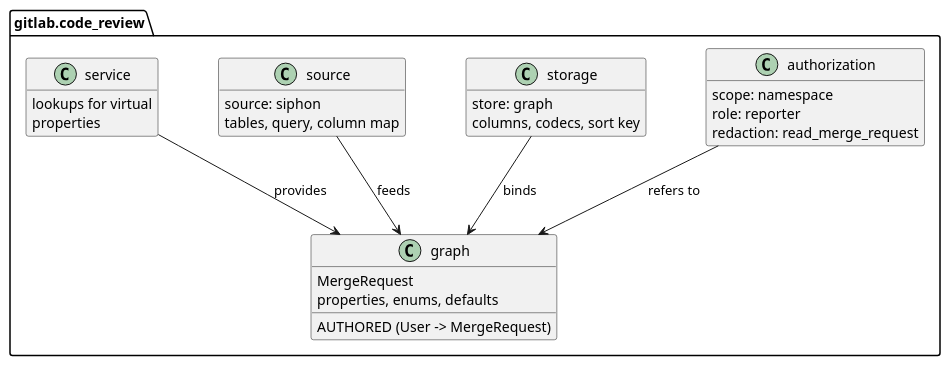
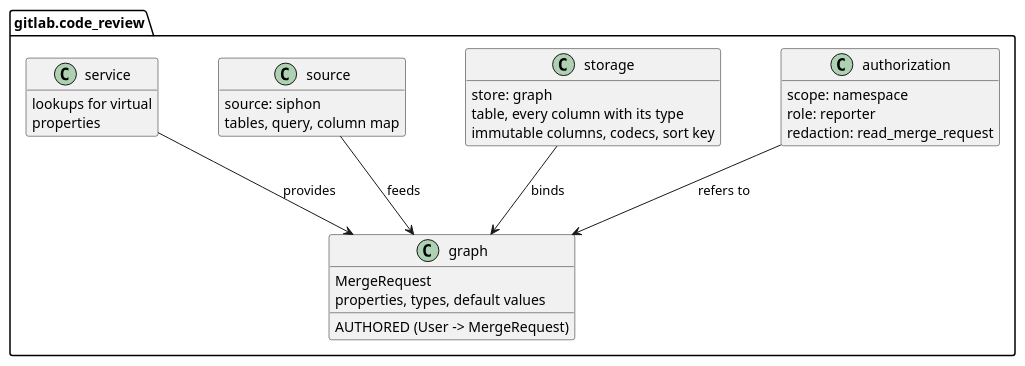
Before and after one commit to gitlabhq/orbit-knowledge-graph: the second of 8 diagrams in docs/pages/engineering/adr/024_pluggable_data_model.md, drawn with PlantUML. The commit also changed other lines of this file and 1 other file, not shown here.

Commit message:
docs(adr): make ADR 024 storage explicit and move defaults to the graph

````diff
--- a/docs/pages/engineering/adr/024_pluggable_data_model.md
+++ b/docs/pages/engineering/adr/024_pluggable_data_model.md
@@ -165,40 +165,41 @@
 ```plantuml
 @startuml
 set separator none
 skinparam shadowing false
 skinparam nodesep 60
 skinparam ranksep 70
 skinparam classAttributeIconSize 0
 hide empty members
 
 package "gitlab.code_review" {
   class "graph" as G {
     MergeRequest
-    properties, enums, defaults
+    properties, types, default values
     AUTHORED (User -> MergeRequest)
   }
   class "authorization" as A {
     scope: namespace
     role: reporter
     redaction: read_merge_request
   }
   class "storage" as ST {
     store: graph
-    columns, codecs, sort key
+    table, every column with its type
+    immutable columns, codecs, sort key
   }
   class "source" as SO {
     source: siphon
     tables, query, column map
   }
   class "service" as SV {
     lookups for virtual
     properties
   }
 }
 
 A --> G : refers to
 ST --> G : binds
 SO --> G : feeds
 SV --> G : provides
 @enduml
 ```
````
